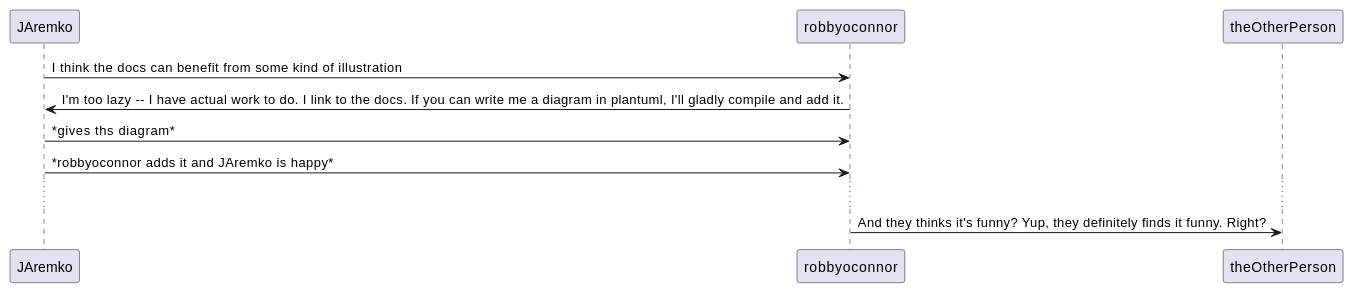
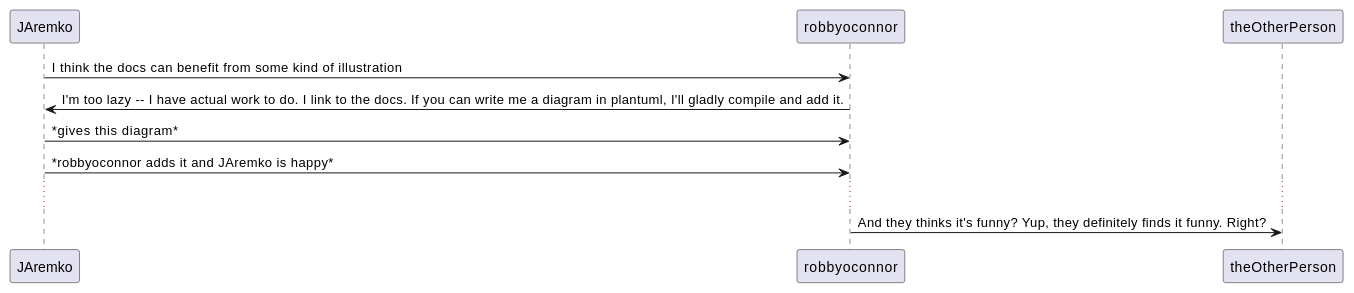
The second of 2 diagrams in layers/LAYERS.org (corngood/spacemacs), drawn with PlantUML before and after one commit. The commit also changed other lines of this file and 22 other files, not shown here.

```diff
--- a/layers/LAYERS.org
+++ b/layers/LAYERS.org
@@ -1423,10 +1423,10 @@
 #+BEGIN_SRC plantuml
   @startuml
   JAremko->robbyoconnor : I think the docs can benefit from some kind of illustration
   JAremko<-robbyoconnor : I'm too lazy -- I have actual work to do. I link to the docs. If you can write me a diagram in plantuml, I'll gladly compile and add it.
-  JAremko->robbyoconnor : *gives ths diagram*
+  JAremko->robbyoconnor : *gives this diagram*
   robbyoconnor<-JAremko : *robbyoconnor adds it and JAremko is happy*
   ...
   robbyoconnor->theOtherPerson : And they thinks it's funny? Yup, they definitely finds it funny. Right?
   @enduml
 #+END_SRC
```
